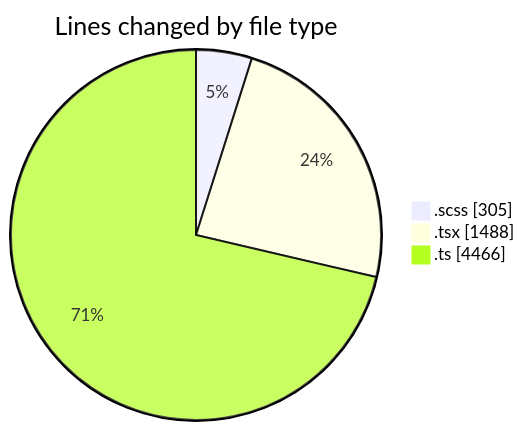
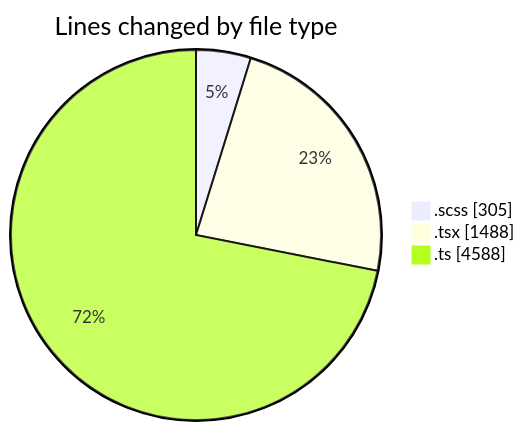
The first of 2 diagrams in 2025-03-04/cda/README.md (momahboobian/code-tracking), drawn with Mermaid before and after one commit. The commit also changed other lines of this file and 1 other file, not shown here.

````diff
--- a/2025-03-04/cda/README.md
+++ b/2025-03-04/cda/README.md
@@ -32,7 +34,7 @@
 ```mermaid
 pie showData
 title Lines changed by file type
 ".scss" : 305
 ".tsx" : 1488
-".ts" : 4466
+".ts" : 4588
 ```
````
